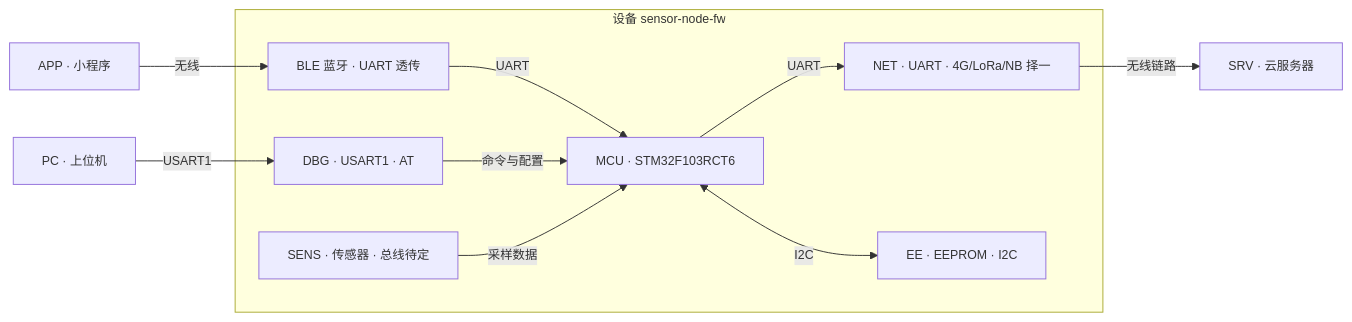
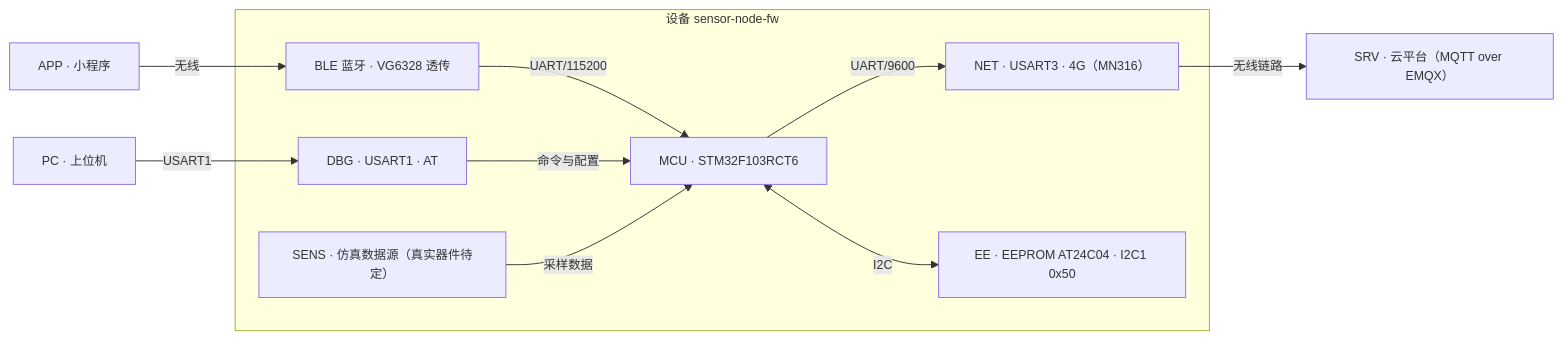
The diagram in docs_sensor/09-系统架构.md (xxz-m/stm32-nede-fw), drawn with Mermaid before and after one commit. The commit also changed other lines of this file and 8 other files, not shown here.

````diff
--- a/docs_sensor/09-系统架构.md
+++ b/docs_sensor/09-系统架构.md
@@ -15,20 +15,20 @@
 ```mermaid
 %%{init: {"themeVariables": {"fontSize": "13px"}, "flowchart": {"useMaxWidth": true}}}%%
 flowchart LR
     subgraph DEV["设备 sensor-node-fw"]
-        BLE["BLE 蓝牙 · UART 透传"]
+        BLE["BLE 蓝牙 · VG6328 透传"]
         MCU["MCU · STM32F103RCT6"]
-        NET["NET · UART · 4G/LoRa/NB 择一"]
-        EE["EE · EEPROM · I2C"]
-        SENS["SENS · 传感器 · 总线待定"]
+        NET["NET · USART3 · 4G（MN316）"]
+        EE["EE · EEPROM AT24C04 · I2C1 0x50"]
+        SENS["SENS · 仿真数据源（真实器件待定）"]
         DBG["DBG · USART1 · AT"]
     end
     APP["APP · 小程序"] -->|无线| BLE
-    BLE -->|UART| MCU
+    BLE -->|UART/115200| MCU
     PC["PC · 上位机"] -->|USART1| DBG
     DBG -->|命令与配置| MCU
     MCU <-->|I2C| EE
     SENS -->|采样数据| MCU
-    MCU -->|UART| NET
-    NET -->|无线链路| SRV["SRV · 云服务器"]
+    MCU -->|UART/9600| NET
+    NET -->|无线链路| SRV["SRV · 云平台（MQTT over EMQX）"]
 ```
````
